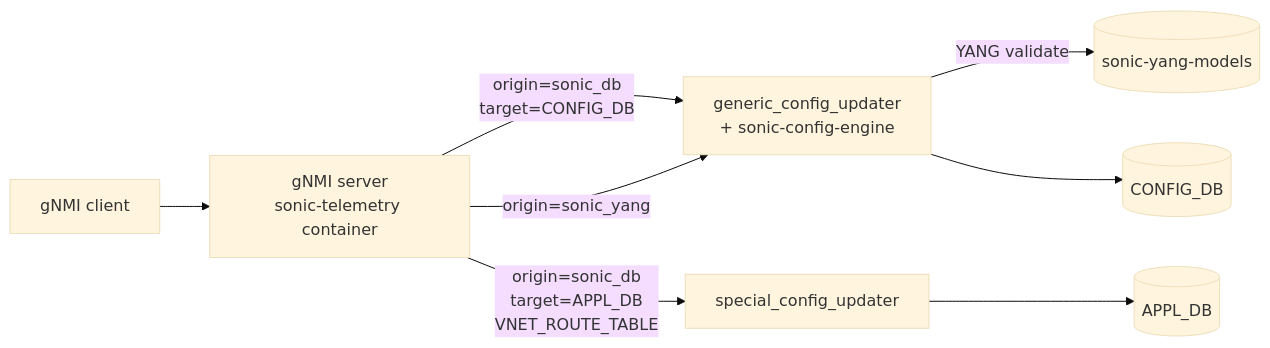
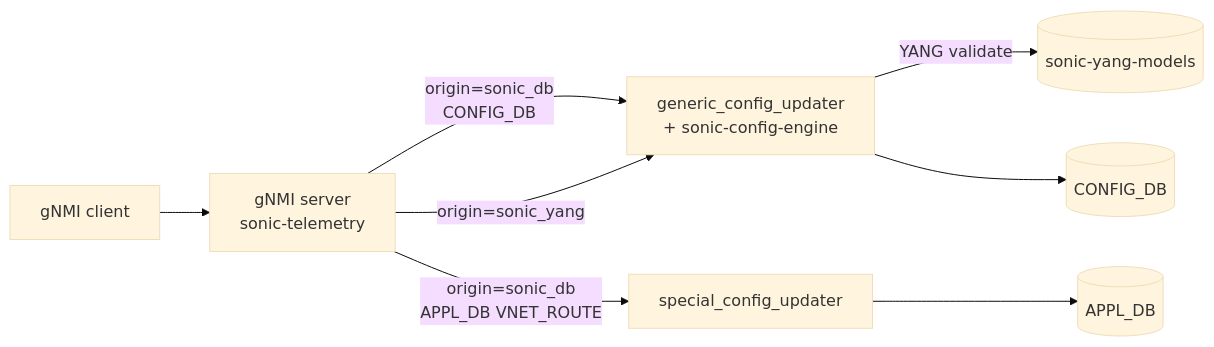
One commit to aoki-taquan/sonic-unofficial-docs changed the diagram in docs/management/sonic-gnmi-server-interface-design.md. Above: the diagram before and after it, drawn with Mermaid (base theme). The commit also changed other lines of this file and 4 other files, not shown here.

````diff
--- a/docs/management/sonic-gnmi-server-interface-design.md
+++ b/docs/management/sonic-gnmi-server-interface-design.md
@@ -57,10 +50,10 @@
 ```mermaid
 flowchart LR
-  CL[gNMI client] --> SRV[gNMI server<br>sonic-telemetry container]
-  SRV -->|origin=sonic_db<br>target=CONFIG_DB| GCU[generic_config_updater<br>+ sonic-config-engine]
-  SRV -->|origin=sonic_db<br>target=APPL_DB<br>VNET_ROUTE_TABLE| SCU[special_config_updater]
+  CL[gNMI client] --> SRV[gNMI server<br>sonic-telemetry]
+  SRV -->|origin=sonic_db<br>CONFIG_DB| GCU[generic_config_updater<br>+ sonic-config-engine]
+  SRV -->|origin=sonic_db<br>APPL_DB VNET_ROUTE| SCU[special_config_updater]
   SRV -->|origin=sonic_yang| GCU
   GCU -->|YANG validate| YV[(sonic-yang-models)]
   GCU --> CDB[(CONFIG_DB)]
   SCU --> ADB[(APPL_DB)]
 ```
````
